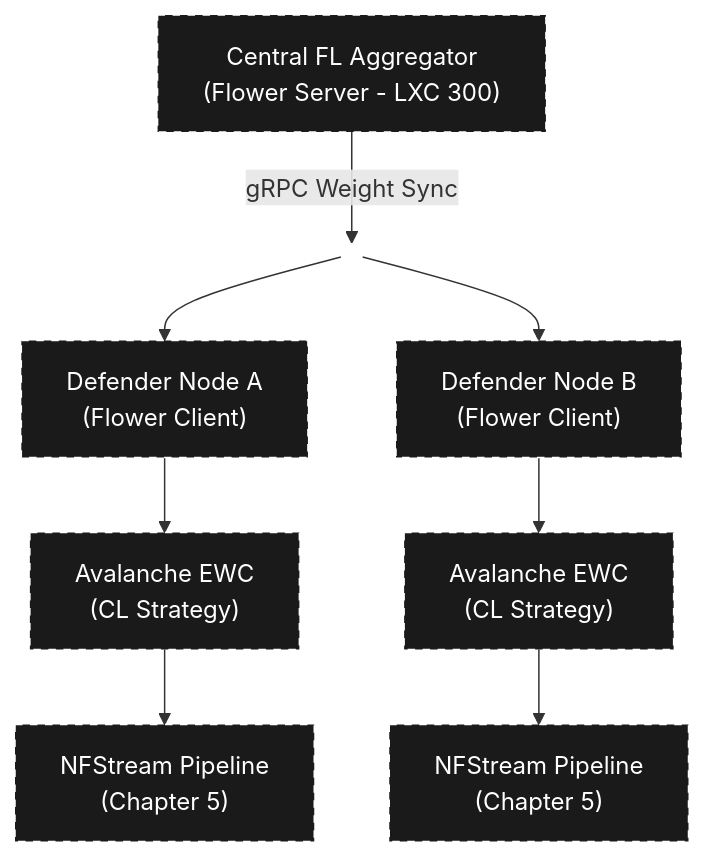
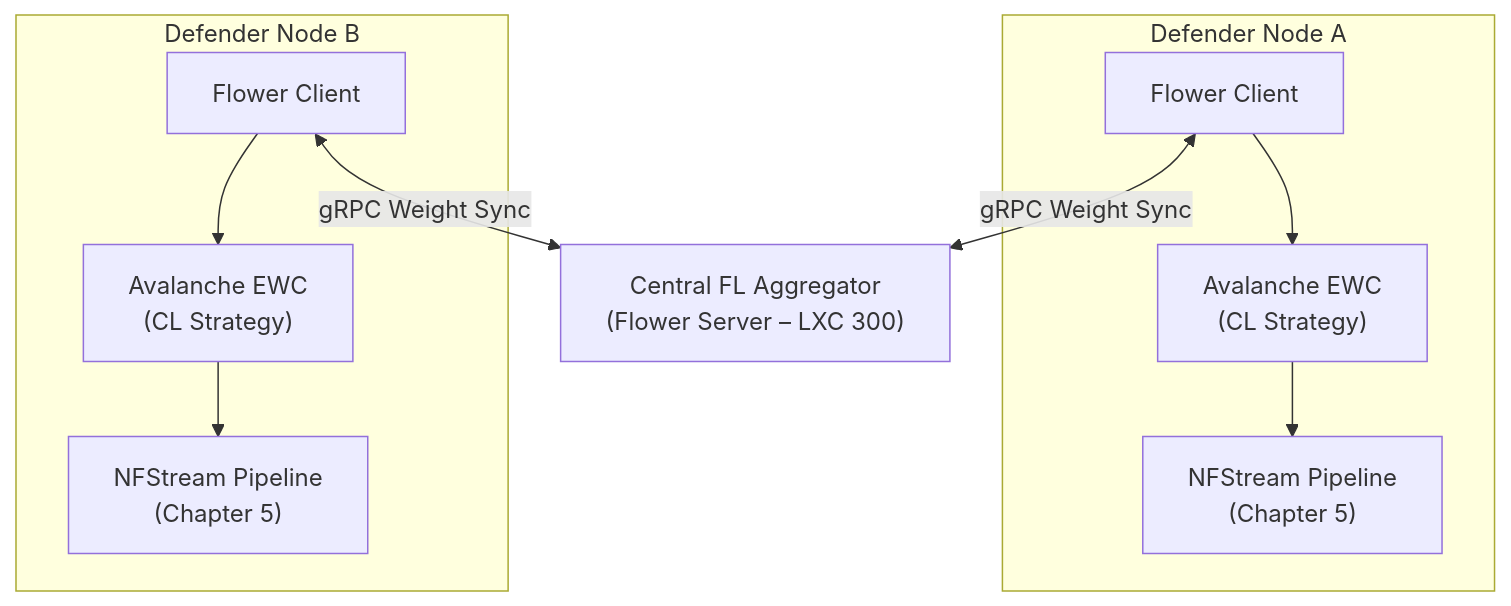
The fifth of 5 diagrams in docs/00_research_paper.md (rhaffle87/fl-cl), drawn with Mermaid before and after one commit. The commit also changed other lines of this file and 5 other files, not shown here.

Commit message:
docs: add project documentation files covering architecture, deployment, orchestration, and research methodology.

````diff
--- a/docs/00_research_paper.md
+++ b/docs/00_research_paper.md
@@ -429,23 +428,25 @@
 ```mermaid
 graph TD
-    %% Top Server Node
-    Server["Central FL Aggregator<br>(Flower Server - LXC 300)"]
+    Aggregator["Central FL Aggregator<br/>(Flower Server – LXC 300)"]
+    
+    subgraph DefenderA ["Defender Node A"]
+        ClientA["Flower Client"]
+        CL_A["Avalanche EWC<br/>(CL Strategy)"]
+        PipeA["NFStream Pipeline<br/>(Chapter 5)"]
+        
+        ClientA --> CL_A
+        CL_A --> PipeA
+    end
 
-    %% Central sync line split
-    Server -->|gRPC Weight Sync| SplitNode(( ))
-    style SplitNode fill:none,stroke:none
+    subgraph DefenderB ["Defender Node B"]
+        ClientB["Flower Client"]
+        CL_B["Avalanche EWC<br/>(CL Strategy)"]
+        PipeB["NFStream Pipeline<br/>(Chapter 5)"]
+        
+        ClientB --> CL_B
+        CL_B --> PipeB
+    end
 
-    %% Left Branch (Defender Node A)
-    SplitNode --> NodeA["Defender Node A<br>(Flower Client)"]
-    NodeA --> EWC_A["Avalanche EWC<br>(CL Strategy)"]
-    EWC_A --> PipeA["NFStream Pipeline<br>(Chapter 5)"]
-
-    %% Right Branch (Defender Node B)
-    SplitNode --> NodeB["Defender Node B<br>(Flower Client)"]
-    NodeB --> EWC_B["Avalanche EWC<br>(CL Strategy)"]
-    EWC_B --> PipeB["NFStream Pipeline<br>(Chapter 5)"]
-
-    %% Styling to mimic the dashed visual architecture
-    classDef boxStyle fill:#1a1a1a,stroke:#fff,stroke-dasharray: 5 5,color:#fff;
-    class Server,NodeA,EWC_A,PipeA,NodeB,EWC_B,PipeB boxStyle;
+    ClientA <-->|gRPC Weight Sync| Aggregator
+    ClientB <-->|gRPC Weight Sync| Aggregator
 ```
````
